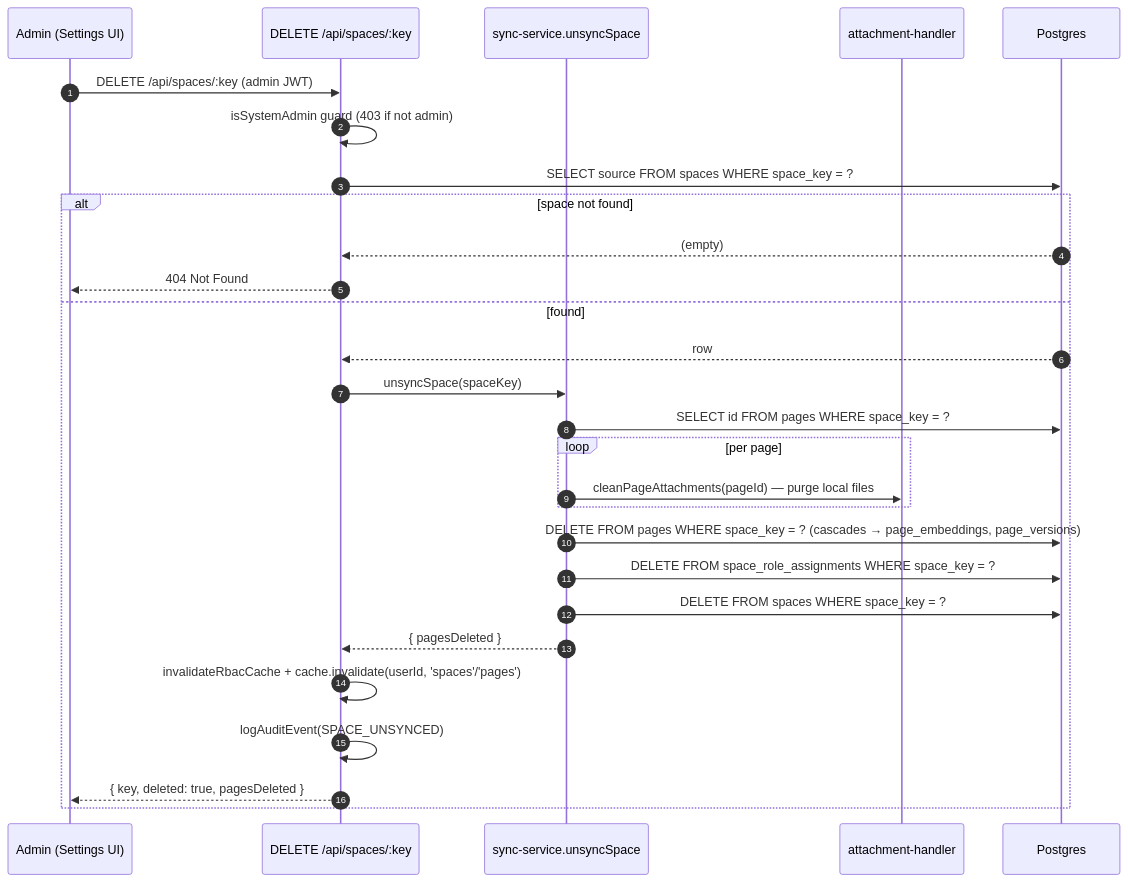
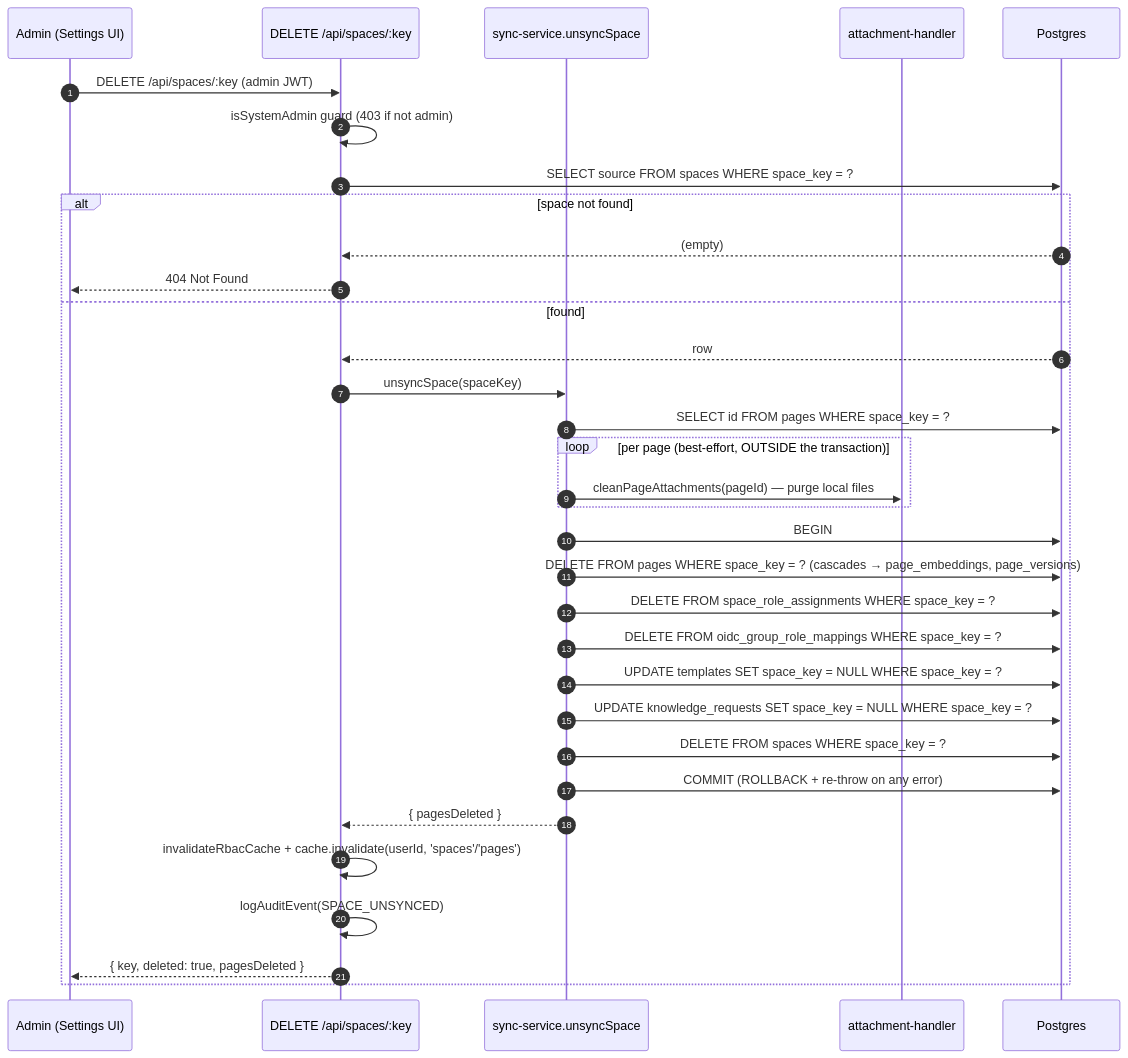
The second of 2 diagrams in docs/architecture/08-flow-sync.md (Compendiq/compendiq-ce), drawn with Mermaid before and after one commit. The commit also changed other lines of this file and 2 other files, not shown here.

First line of the commit message:
fix(spaces): make unsyncSpace atomic and reconcile orphaned space_key rows (#721)

````diff
--- a/docs/architecture/08-flow-sync.md
+++ b/docs/architecture/08-flow-sync.md
@@ -160,31 +160,36 @@
 ```mermaid
 sequenceDiagram
     autonumber
     participant A as Admin (Settings UI)
     participant R as DELETE /api/spaces/:key
     participant SV as sync-service.unsyncSpace
     participant AH as attachment-handler
     participant DB as Postgres
 
     A->>R: DELETE /api/spaces/:key (admin JWT)
     R->>R: isSystemAdmin guard (403 if not admin)
     R->>DB: SELECT source FROM spaces WHERE space_key = ?
     alt space not found
         DB-->>R: (empty)
         R-->>A: 404 Not Found
     else found
         DB-->>R: row
         R->>SV: unsyncSpace(spaceKey)
         SV->>DB: SELECT id FROM pages WHERE space_key = ?
-        loop per page
+        loop per page (best-effort, OUTSIDE the transaction)
             SV->>AH: cleanPageAttachments(pageId) — purge local files
         end
+        SV->>DB: BEGIN
         SV->>DB: DELETE FROM pages WHERE space_key = ? (cascades → page_embeddings, page_versions)
         SV->>DB: DELETE FROM space_role_assignments WHERE space_key = ?
+        SV->>DB: DELETE FROM oidc_group_role_mappings WHERE space_key = ?
+        SV->>DB: UPDATE templates SET space_key = NULL WHERE space_key = ?
+        SV->>DB: UPDATE knowledge_requests SET space_key = NULL WHERE space_key = ?
         SV->>DB: DELETE FROM spaces WHERE space_key = ?
+        SV->>DB: COMMIT (ROLLBACK + re-throw on any error)
         SV-->>R: { pagesDeleted }
         R->>R: invalidateRbacCache + cache.invalidate(userId, 'spaces'/'pages')
         R->>R: logAuditEvent(SPACE_UNSYNCED)
         R-->>A: { key, deleted: true, pagesDeleted }
     end
 ```
````
